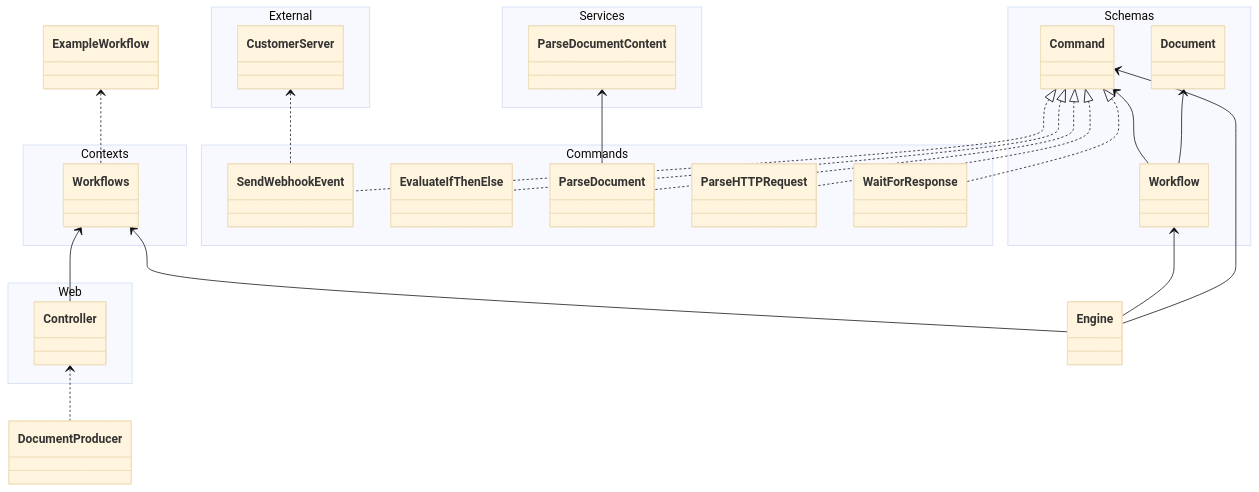
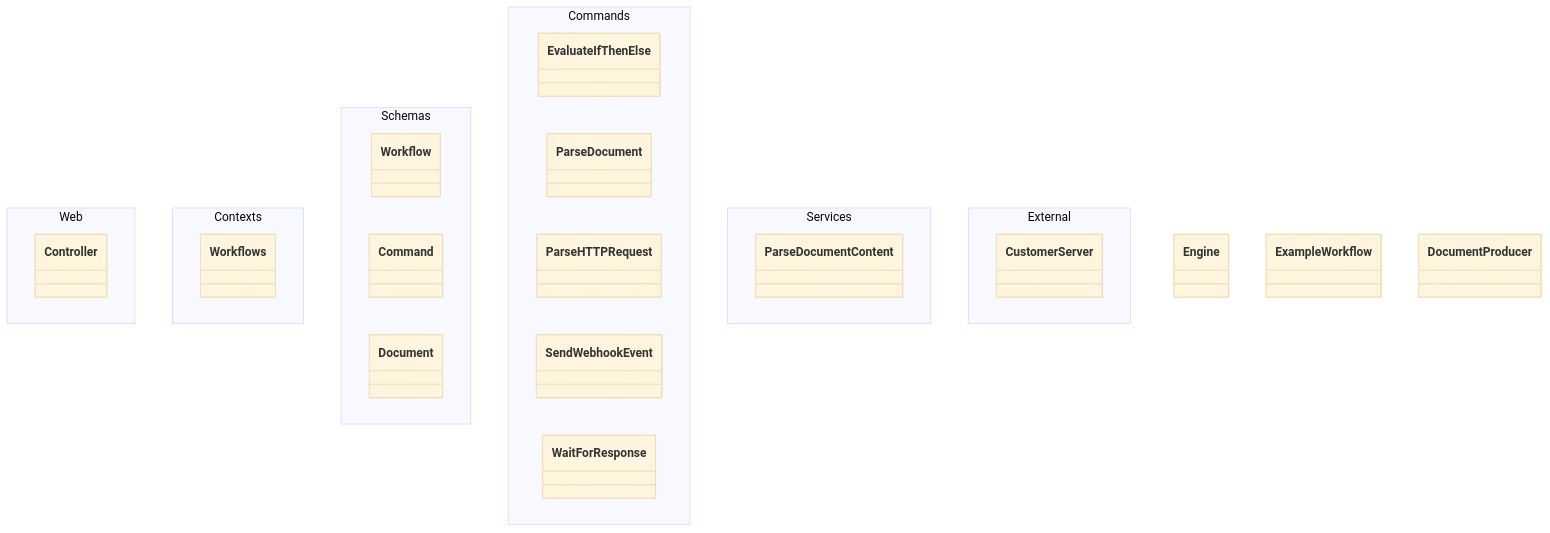
The first of 2 diagrams in README.md (PJUllrich/workflow-demo), drawn with Mermaid (base theme) before and after one commit.

Commit message:
Remove connections

````diff
--- a/README.md
+++ b/README.md
@@ -50,53 +50,36 @@
 ```mermaid
 classDiagram
-    Controller <.. DocumentProducer
-    ExampleWorkflow <.. Workflows
-    CustomerServer <.. SendWebhookEvent
-    Workflows <-- Engine
-    Workflow <-- Engine
-    Command <-- Engine
-    Command <-- Workflow
-    Command <|.. EvaluateIfThenElse
-    Command <|.. ParseDocument
-    Command <|.. ParseHTTPRequest
-    Command <|.. SendWebhookEvent
-    Command <|.. WaitForResponse
-    Workflows <-- Controller
-    
-    Document <-- Workflow
-    ParseDocumentContent <-- ParseDocument
-
     class Engine
     class ExampleWorkflow
     class DocumentProducer
     
     namespace Web {
         class Controller
     }
     
     namespace Contexts {
         class Workflows        
     }
 
     namespace Schemas {
         class Workflow
         class Command
         class Document
     }
 
     namespace Commands {
         class EvaluateIfThenElse
         class ParseDocument
         class ParseHTTPRequest
         class SendWebhookEvent
         class WaitForResponse
     }
 
     namespace Services {
         class ParseDocumentContent
     }
 
     namespace External {
         class CustomerServer
     }
 ```
````
